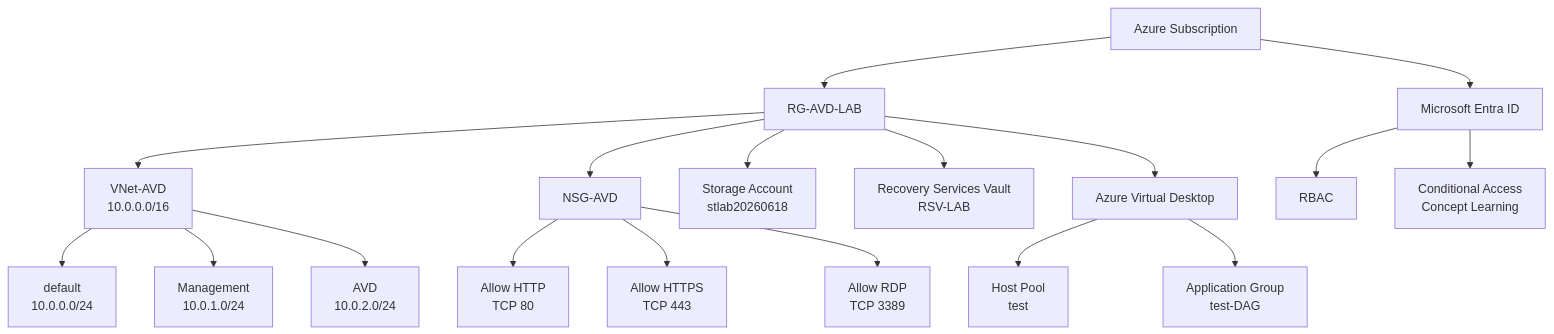
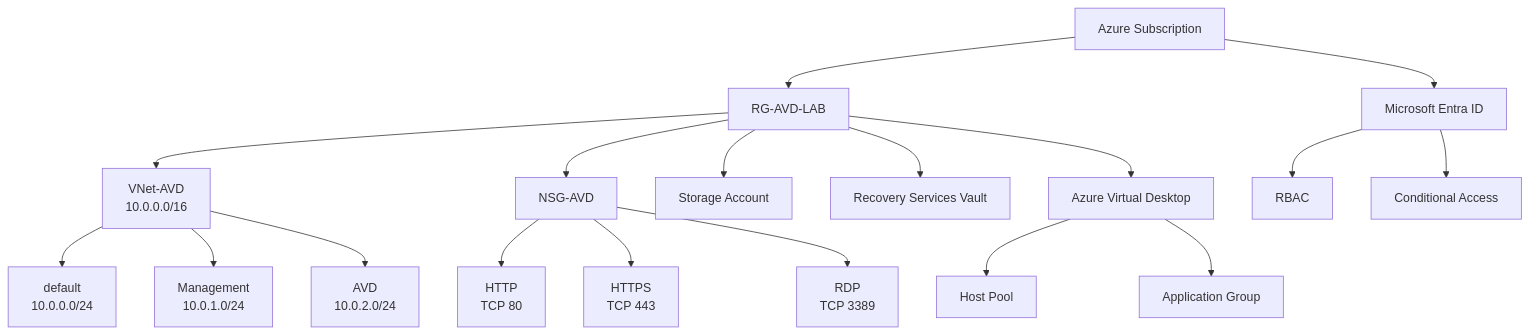
The diagram in README.md (rh03pgm-ship-it/Portfolio2), drawn with Mermaid before and after one commit. The commit also changed other lines of this file, not shown here.

````diff
--- a/README.md
+++ b/README.md
@@ -3,35 +11,35 @@
 ```mermaid
 graph TD
 
     A[Azure Subscription]
 
     A --> B[RG-AVD-LAB]
 
     B --> C[VNet-AVD<br>10.0.0.0/16]
 
     C --> D1[default<br>10.0.0.0/24]
     C --> D2[Management<br>10.0.1.0/24]
     C --> D3[AVD<br>10.0.2.0/24]
 
     B --> E[NSG-AVD]
 
-    E --> E1[Allow HTTP<br>TCP 80]
-    E --> E2[Allow HTTPS<br>TCP 443]
-    E --> E3[Allow RDP<br>TCP 3389]
+    E --> E1[HTTP<br>TCP 80]
+    E --> E2[HTTPS<br>TCP 443]
+    E --> E3[RDP<br>TCP 3389]
 
-    B --> F[Storage Account<br>stlab20260618]
+    B --> F[Storage Account]
 
-    B --> G[Recovery Services Vault<br>RSV-LAB]
+    B --> G[Recovery Services Vault]
 
     B --> H[Azure Virtual Desktop]
 
-    H --> I[Host Pool<br>test]
+    H --> I[Host Pool]
 
-    H --> J[Application Group<br>test-DAG]
+    H --> J[Application Group]
 
     A --> K[Microsoft Entra ID]
 
     K --> L[RBAC]
 
-    K --> M[Conditional Access<br>Concept Learning]
+    K --> M[Conditional Access]
 ```
````
